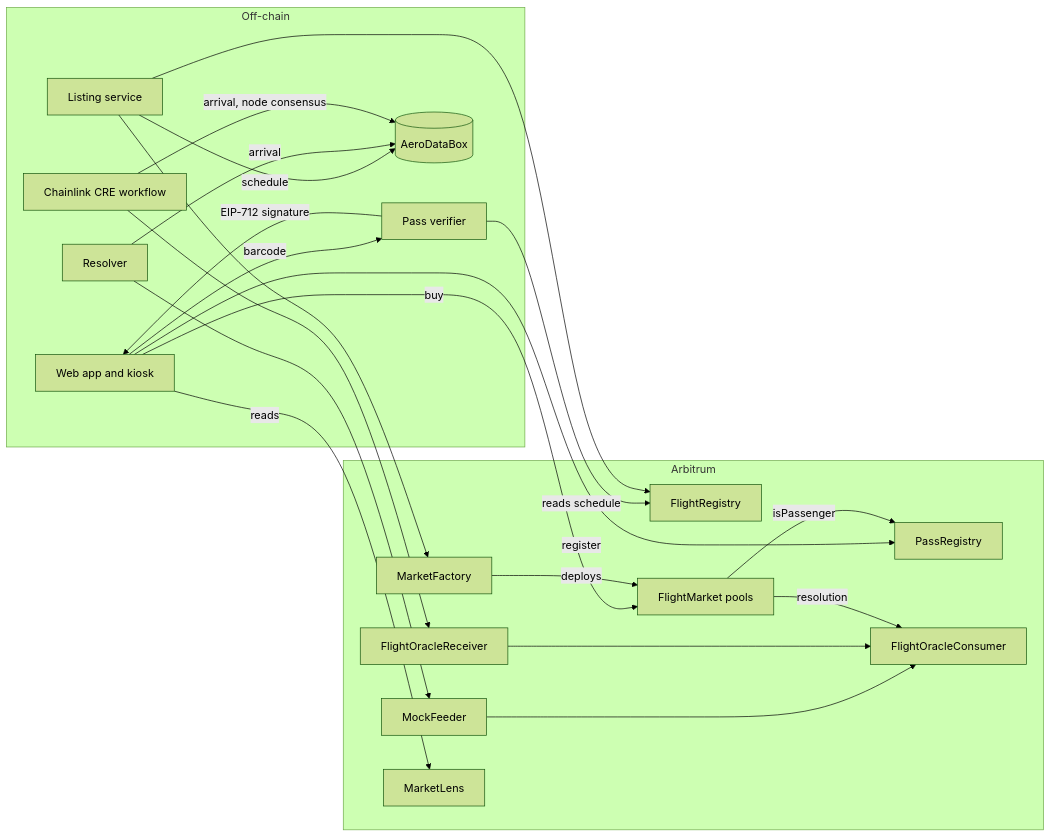
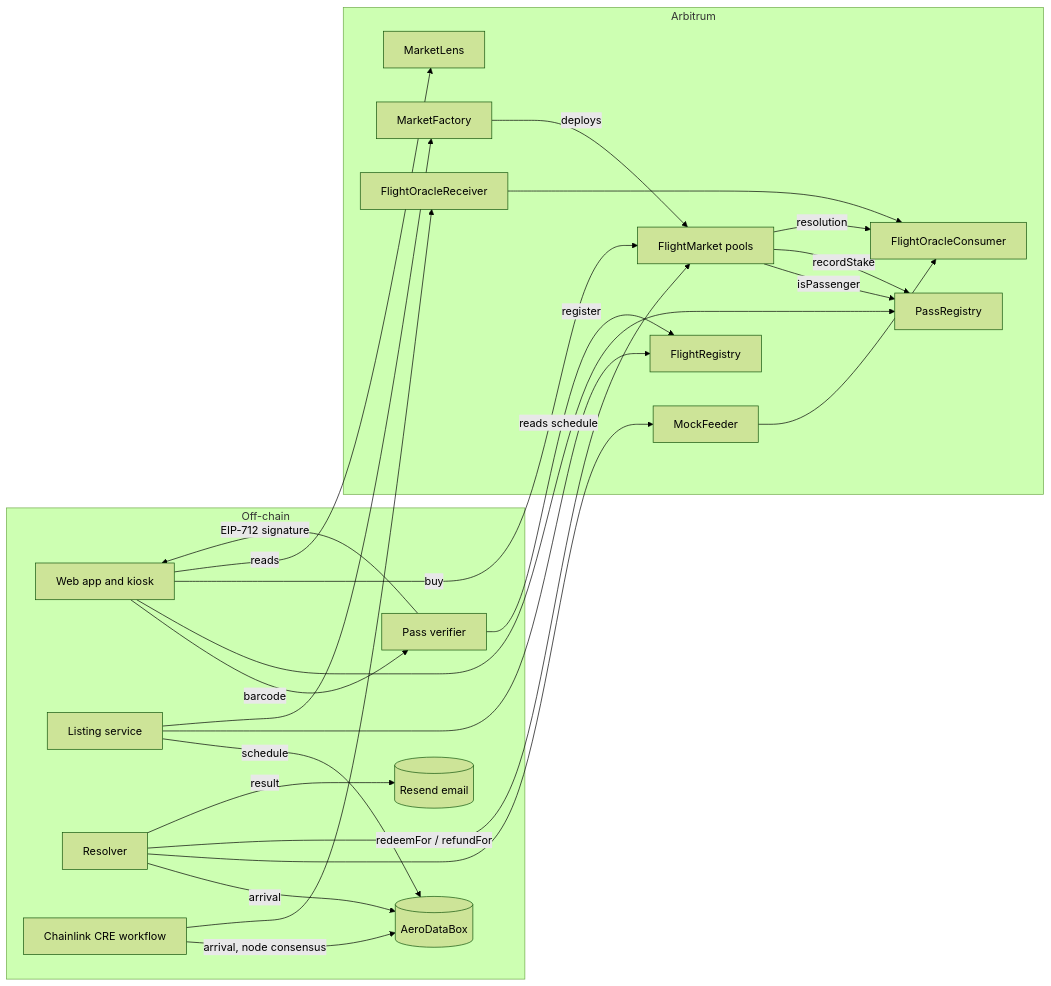
One commit to youvandra/gathaero changed the diagram in README.md. Above: the diagram before and after it, drawn with Mermaid (forest theme). The commit also changed other lines of this file, not shown here.

Commit message:
docs: README for v4, push payouts, result emails and the fixed findings

````diff
--- a/README.md
+++ b/README.md
@@ -129,37 +131,41 @@
 ```mermaid
 flowchart LR
   subgraph Off-chain
     App[Web app and kiosk]
     Verifier[Pass verifier]
     Lister[Listing service]
     Resolver[Resolver]
     CRE[Chainlink CRE workflow]
     ADB[(AeroDataBox)]
+    Mail[(Resend email)]
   end
   subgraph Arbitrum
     FR[FlightRegistry]
     PR[PassRegistry]
     MF[MarketFactory]
     FM[FlightMarket pools]
     OC[FlightOracleConsumer]
     RX[FlightOracleReceiver]
     MFd[MockFeeder]
     ML[MarketLens]
   end
   App -- barcode --> Verifier
   Verifier -- reads schedule --> FR
   Verifier -- EIP-712 signature --> App
   App -- register --> PR
   App -- buy --> FM
   FM -- isPassenger --> PR
   Lister -- schedule --> ADB
   Lister --> FR
   Lister --> MF
   MF -- deploys --> FM
   Resolver -- arrival --> ADB
   Resolver --> MFd --> OC
+  Resolver -- redeemFor / refundFor --> FM
+  Resolver -- result --> Mail
+  FM -- recordStake --> PR
   CRE -- arrival, node consensus --> ADB
   CRE --> RX --> OC
   FM -- resolution --> OC
   App -- reads --> ML
 ```
````
